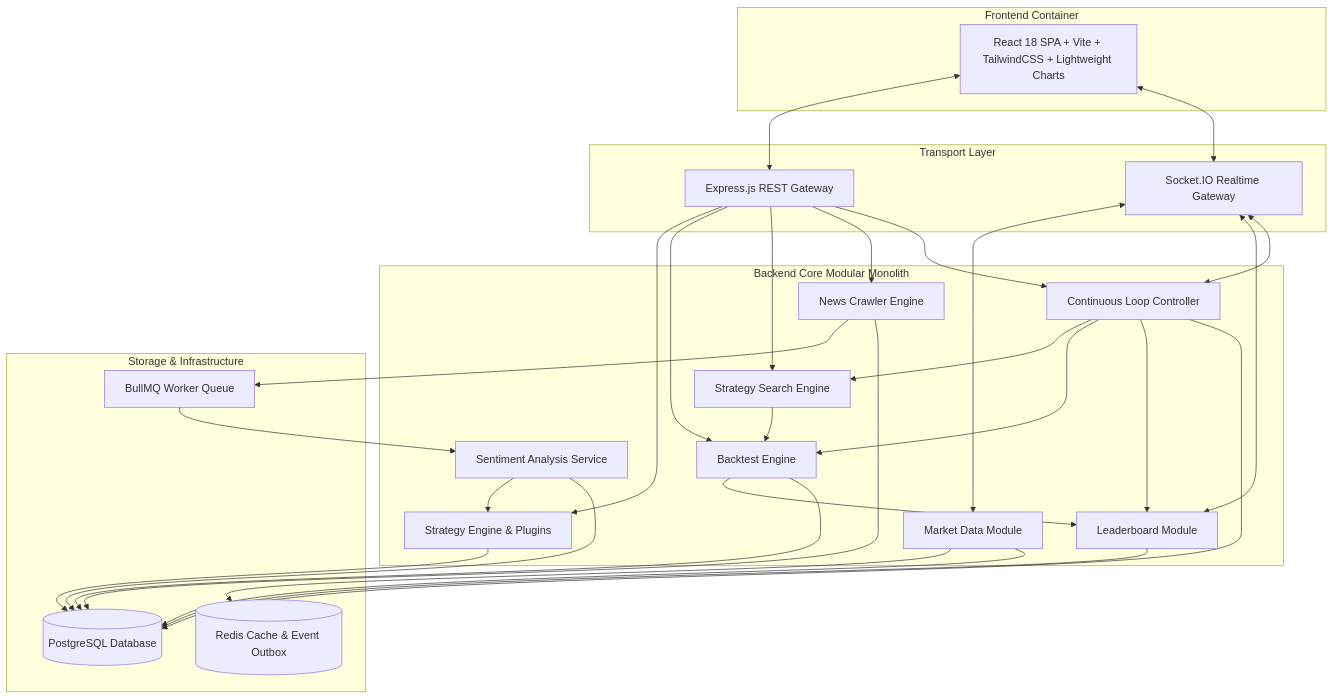
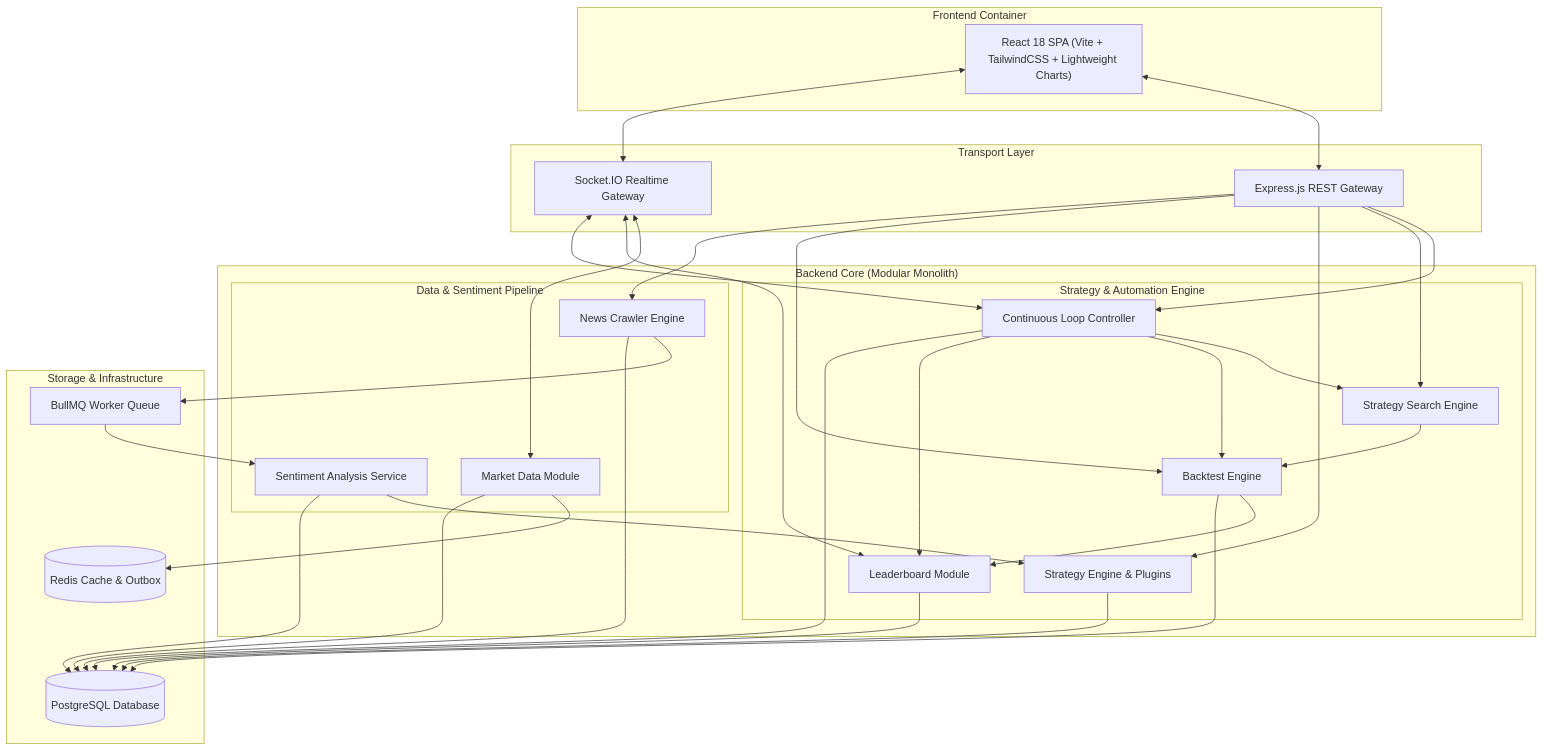
One commit to Triszz/crypto-strategy-lab changed the second of 7 diagrams in docs/ARCHITECTURE_DOCUMENT.md. Above: the diagram before and after it, drawn with Mermaid. The commit also changed other lines of this file and 48 other files, not shown here.

Commit message:
docs: reformat Mermaid architecture diagrams and update system documentation

````diff
--- a/docs/ARCHITECTURE_DOCUMENT.md
+++ b/docs/ARCHITECTURE_DOCUMENT.md
@@ -37,43 +37,70 @@
 ```mermaid
 graph TD
-    subgraph Frontend Container
-        ReactUI[React 18 SPA + Vite + TailwindCSS + Lightweight Charts]
+    %% --- FRONTEND ---
+    subgraph Frontend ["Frontend Container"]
+        ReactUI["React 18 SPA (Vite + TailwindCSS + Lightweight Charts)"]
     end
 
-    subgraph Transport Layer
-        ExpressApp[Express.js REST Gateway]
-        SocketIO[Socket.IO Realtime Gateway]
+    %% --- TRANSPORT LAYER ---
+    subgraph Transport ["Transport Layer"]
+        ExpressApp["Express.js REST Gateway"]
+        SocketIO["Socket.IO Realtime Gateway"]
     end
 
-    subgraph Backend Core Modular Monolith
-        MarketData[Market Data Module]
-        StrategyEngine[Strategy Engine & Plugins]
-        BacktestEngine[Backtest Engine]
-        SearchEngine[Strategy Search Engine]
-        LeaderboardModule[Leaderboard Module]
-        NewsCrawler[News Crawler Engine]
-        SentimentModule[Sentiment Analysis Service]
-        LoopController[Continuous Loop Controller]
+    %% --- BACKEND MONOLITH ---
+    subgraph Backend ["Backend Core (Modular Monolith)"]
+        subgraph DataPipeline ["Data & Sentiment Pipeline"]
+            MarketData["Market Data Module"]
+            NewsCrawler["News Crawler Engine"]
+            SentimentModule["Sentiment Analysis Service"]
+        end
+
+        subgraph CoreEngine ["Strategy & Automation Engine"]
+            LoopController["Continuous Loop Controller"]
+            SearchEngine["Strategy Search Engine"]
+            StrategyEngine["Strategy Engine & Plugins"]
+            BacktestEngine["Backtest Engine"]
+            LeaderboardModule["Leaderboard Module"]
+        end
     end
 
-    subgraph Storage & Infrastructure
-        Postgres[(PostgreSQL Database)]
-        RedisCache[(Redis Cache & Event Outbox)]
-        BullQueue[BullMQ Worker Queue]
+    %% --- STORAGE & INFRASTRUCTURE ---
+    subgraph Storage ["Storage & Infrastructure"]
+        RedisCache[("Redis Cache & Outbox")]
+        BullQueue["BullMQ Worker Queue"]
+        Postgres[("PostgreSQL Database")]
     end
 
+    %% --- CONNECTIONS ---
     ReactUI <--> ExpressApp
     ReactUI <--> SocketIO
-    ExpressApp --> StrategyEngine & BacktestEngine & SearchEngine & NewsCrawler & LoopController
-    SocketIO <--> MarketData & LeaderboardModule & LoopController
+
+    ExpressApp --> LoopController
+    ExpressApp --> SearchEngine
+    ExpressApp --> StrategyEngine
+    ExpressApp --> BacktestEngine
+    ExpressApp --> NewsCrawler
+
+    SocketIO <--> MarketData
+    SocketIO <--> LeaderboardModule
+    SocketIO <--> LoopController
 
     MarketData --> RedisCache
     NewsCrawler --> BullQueue
     BullQueue --> SentimentModule
     SentimentModule --> StrategyEngine
+
+    LoopController --> SearchEngine
+    LoopController --> BacktestEngine
+    LoopController --> LeaderboardModule
     SearchEngine --> BacktestEngine
     BacktestEngine --> LeaderboardModule
-    LoopController --> SearchEngine & BacktestEngine & LeaderboardModule
 
-    MarketData & StrategyEngine & BacktestEngine & LeaderboardModule & NewsCrawler & SentimentModule & LoopController --> Postgres
+    MarketData --> Postgres
+    StrategyEngine --> Postgres
+    BacktestEngine --> Postgres
+    LeaderboardModule --> Postgres
+    NewsCrawler --> Postgres
+    SentimentModule --> Postgres
+    LoopController --> Postgres
 ```
````
